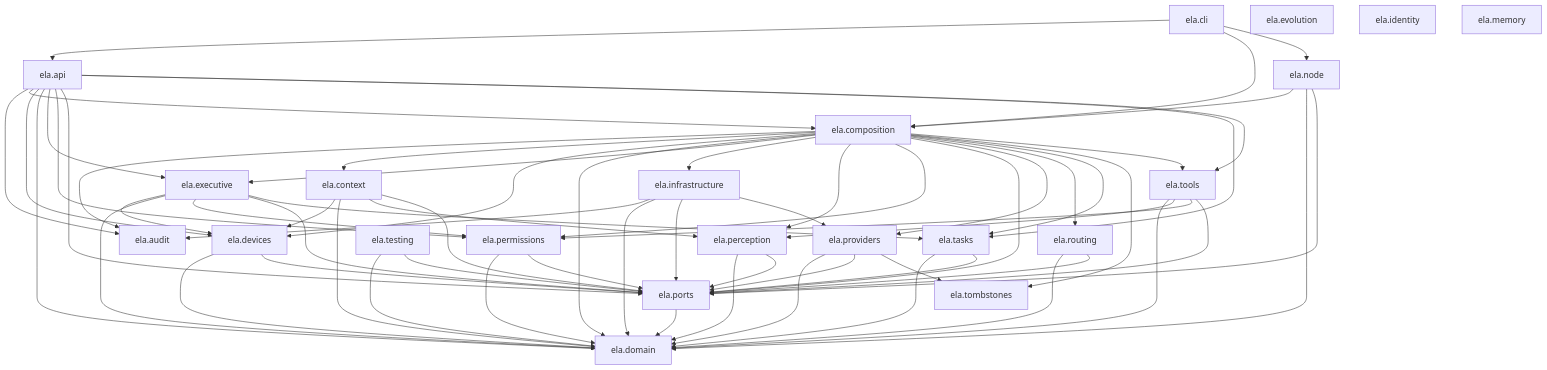
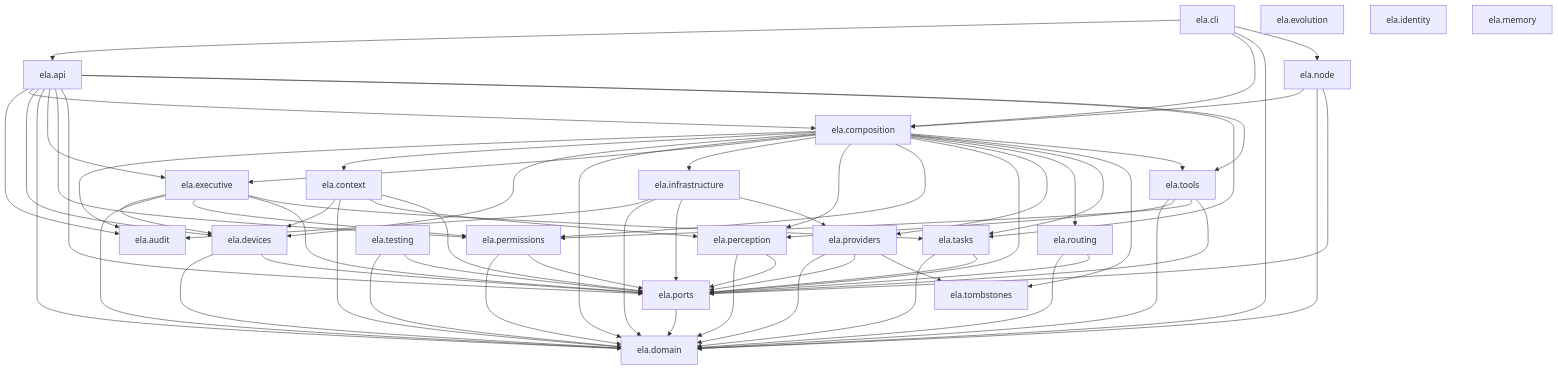
The first of 2 diagrams in docs/ARCHITECTURE.md (silvitommaso10-spec/ELA), drawn with Mermaid before and after one commit. The commit also changed 84 other files, not shown here.

```diff
--- a/docs/ARCHITECTURE.md
+++ b/docs/ARCHITECTURE.md
@@ -67,6 +67,7 @@
     api --> tools
     cli --> api
     cli --> composition
+    cli --> domain
     cli --> node
     composition --> audit
     composition --> context
```
